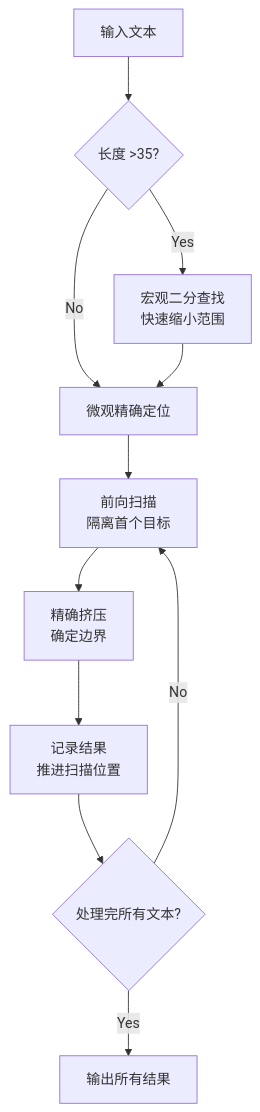
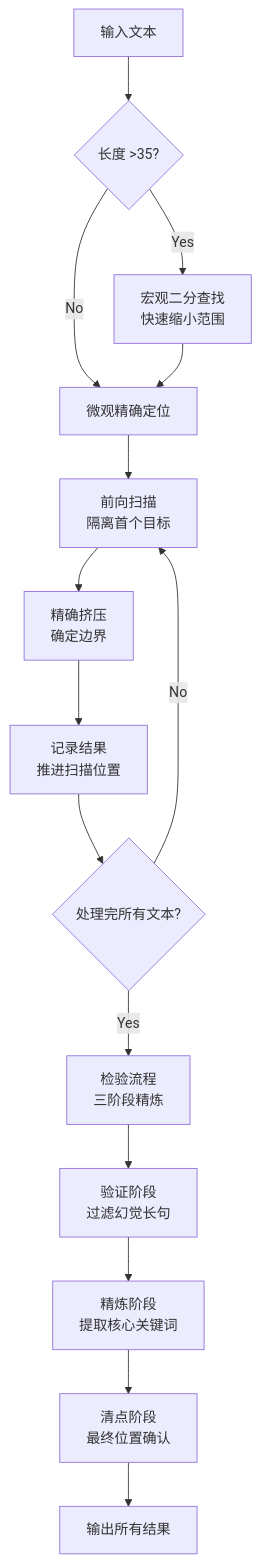
One commit to soundstarrain/LLM-Filter-Probe changed the diagram in README.md. Above: the diagram before and after it, drawn with Mermaid. The commit also changed other lines of this file and 25 other files, not shown here.

````diff
--- a/README.md
+++ b/README.md
@@ -88,13 +95,17 @@
 ```mermaid
 graph TD
     A[输入文本] --> B{长度 >35?};
     B -- Yes --> C[宏观二分查找<br>快速缩小范围];
     B -- No --> D[微观精确定位];
     C --> D;
     D --> E[前向扫描<br>隔离首个目标];
     E --> F[精确挤压<br>确定边界];
     F --> G[记录结果<br>推进扫描位置];
     G --> H{处理完所有文本?};
     H -- No --> E;
-    H -- Yes --> I[输出所有结果];
+    H -- Yes --> I[检验流程<br>三阶段精炼];
+    I --> J[验证阶段<br>过滤幻觉长句];
+    J --> K[精炼阶段<br>提取核心关键词];
+    K --> L[清点阶段<br>最终位置确认];
+    L --> M[输出所有结果];
 ```
````
